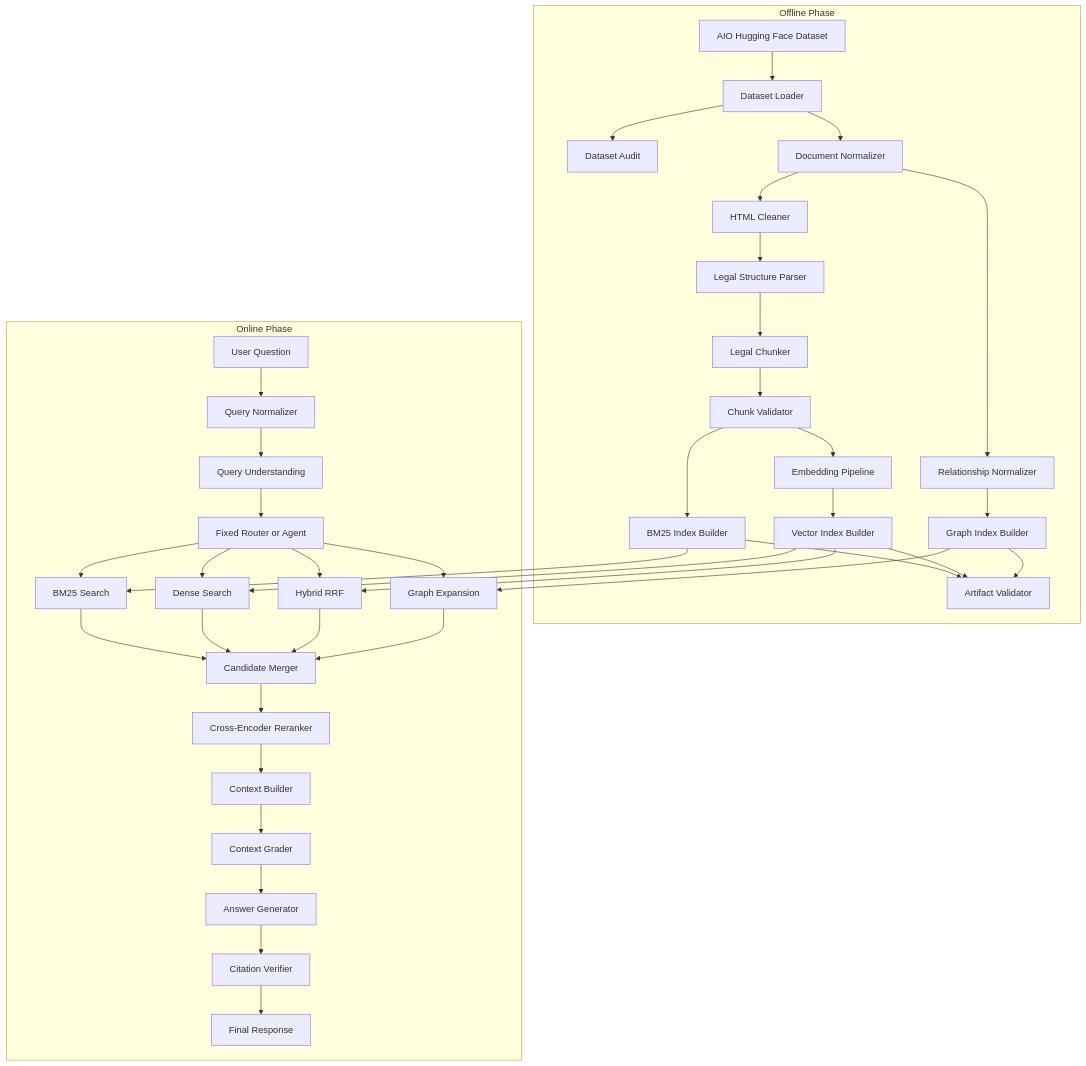
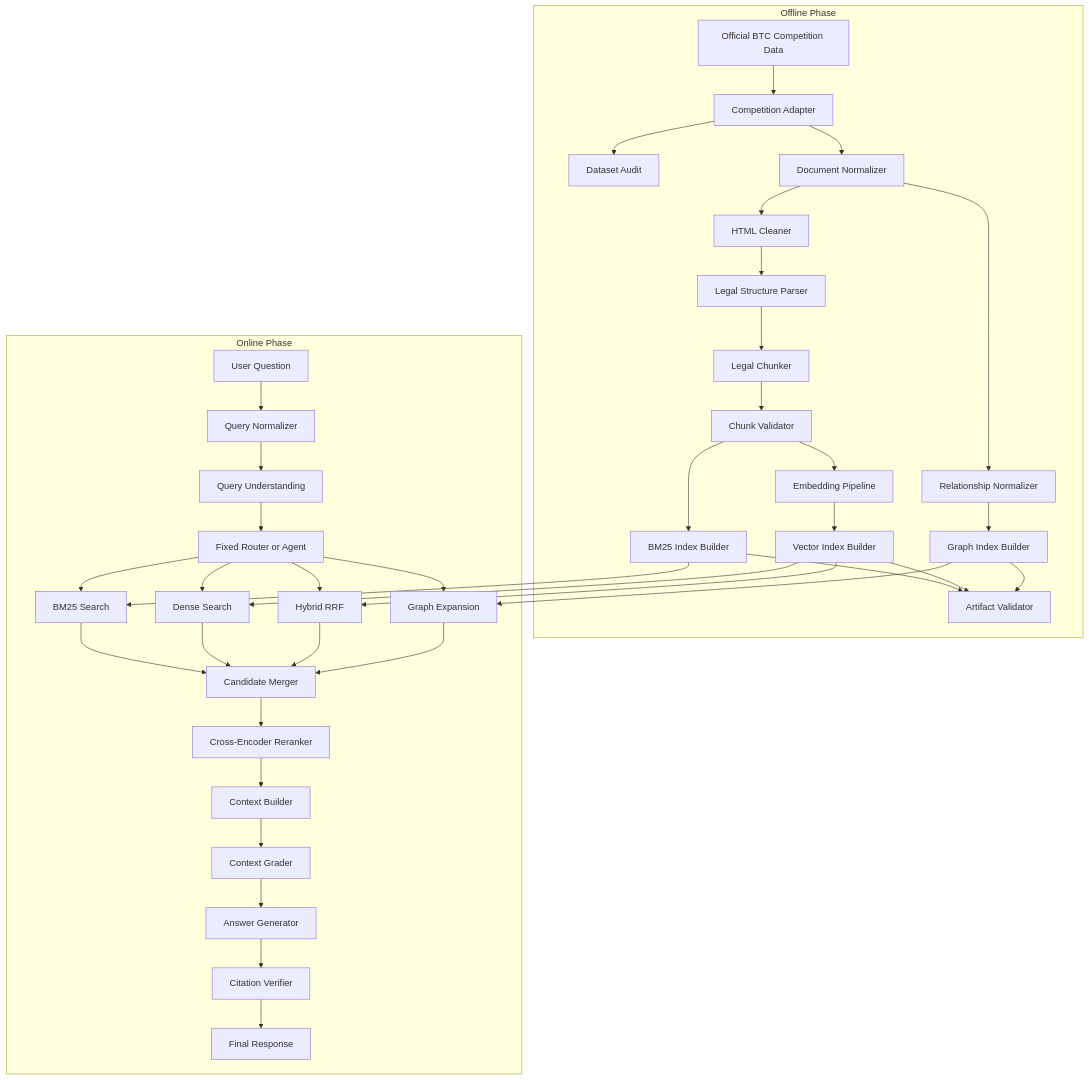
The diagram in docs/04-SYSTEM-ARCHITECTURE.md (Chef221/legal-agentic-rag), drawn with Mermaid before and after one commit. The commit also changed other lines of this file and 137 other files, not shown here.

````diff
--- a/docs/04-SYSTEM-ARCHITECTURE.md
+++ b/docs/04-SYSTEM-ARCHITECTURE.md
@@ -24,76 +24,76 @@
 ```mermaid
 flowchart TD
     subgraph OFFLINE["Offline Phase"]
-        A["AIO Hugging Face Dataset"]
-        B["Dataset Loader"]
+        A["Official BTC Competition Data"]
+        B["Competition Adapter"]
         C["Dataset Audit"]
         D["Document Normalizer"]
         E["HTML Cleaner"]
         F["Legal Structure Parser"]
         G["Legal Chunker"]
         H["Chunk Validator"]
         I["BM25 Index Builder"]
         J["Embedding Pipeline"]
         K["Vector Index Builder"]
         L["Relationship Normalizer"]
         M["Graph Index Builder"]
         N["Artifact Validator"]
 
         A --> B
         B --> C
         B --> D
         D --> E
         E --> F
         F --> G
         G --> H
         H --> I
         H --> J
         J --> K
         D --> L
         L --> M
         I --> N
         K --> N
         M --> N
     end
 
     subgraph ONLINE["Online Phase"]
         Q["User Question"]
         R["Query Normalizer"]
         R2["Query Understanding"]
         S["Fixed Router or Agent"]
         T1["BM25 Search"]
         T2["Dense Search"]
         T3["Hybrid RRF"]
         T4["Graph Expansion"]
         U["Candidate Merger"]
         V["Cross-Encoder Reranker"]
         W["Context Builder"]
         X["Context Grader"]
         Y["Answer Generator"]
         Z["Citation Verifier"]
         O["Final Response"]
 
         Q --> R
         R --> R2
         R2 --> S
         S --> T1
         S --> T2
         S --> T3
         S --> T4
         T1 --> U
         T2 --> U
         T3 --> U
         T4 --> U
         U --> V
         V --> W
         W --> X
         X --> Y
         Y --> Z
         Z --> O
     end
 
     I --> T1
     K --> T2
     K --> T3
     M --> T4
 ```
````
